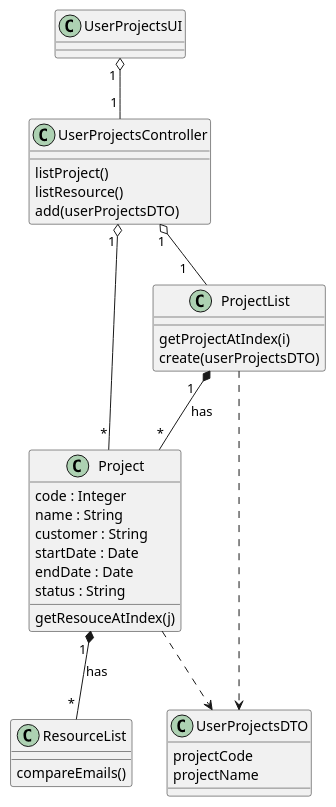
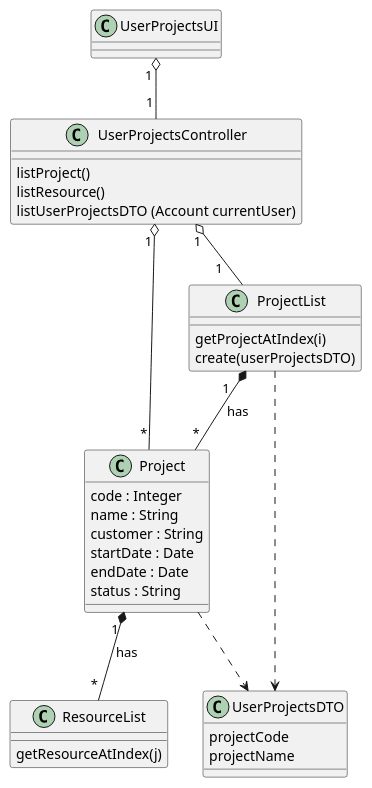
Before and after one commit to ivo-menezes/project_g3: the diagram in docs/modelling_design/user_stories/us016/US016_ListOfUserProjectsCD.puml, drawn with PlantUML.

Commit message:
US016 : Design : Updated US007_ListOfUserProjectsCD

```diff
--- a/docs/modelling_design/user_stories/us016/US016_ListOfUserProjectsCD.puml
+++ b/docs/modelling_design/user_stories/us016/US016_ListOfUserProjectsCD.puml
@@ -1,45 +1,44 @@
 @startuml
 
 class UserProjectsUI {
 }
 
 class UserProjectsController {
 'accounts: List<Account>
 listProject()
 listResource()
-add(userProjectsDTO)
+listUserProjectsDTO (Account currentUser)
 }
 
 class Project {
 code : Integer
 name : String
 customer : String
 startDate : Date
 endDate : Date
 status : String
-getResouceAtIndex(j)
 }
 
 class ProjectList {
 getProjectAtIndex(i)
 create(userProjectsDTO)
 }
 
 class UserProjectsDTO{
 projectCode
 projectName
 }
 
 class ResourceList {
-compareEmails()
+getResourceAtIndex(j)
 }
 
 ProjectList "                                          1" *-- "*" Project : has
 UserProjectsUI "       1" o-- "           1" UserProjectsController
 UserProjectsController "1" o-- "                                                 1" ProjectList
 ProjectList ..> UserProjectsDTO
 Project ..> UserProjectsDTO
 UserProjectsController "           1" o-- "               *" Project
 Project "                     1" *-- "     *" ResourceList : has
 
 @enduml
```
